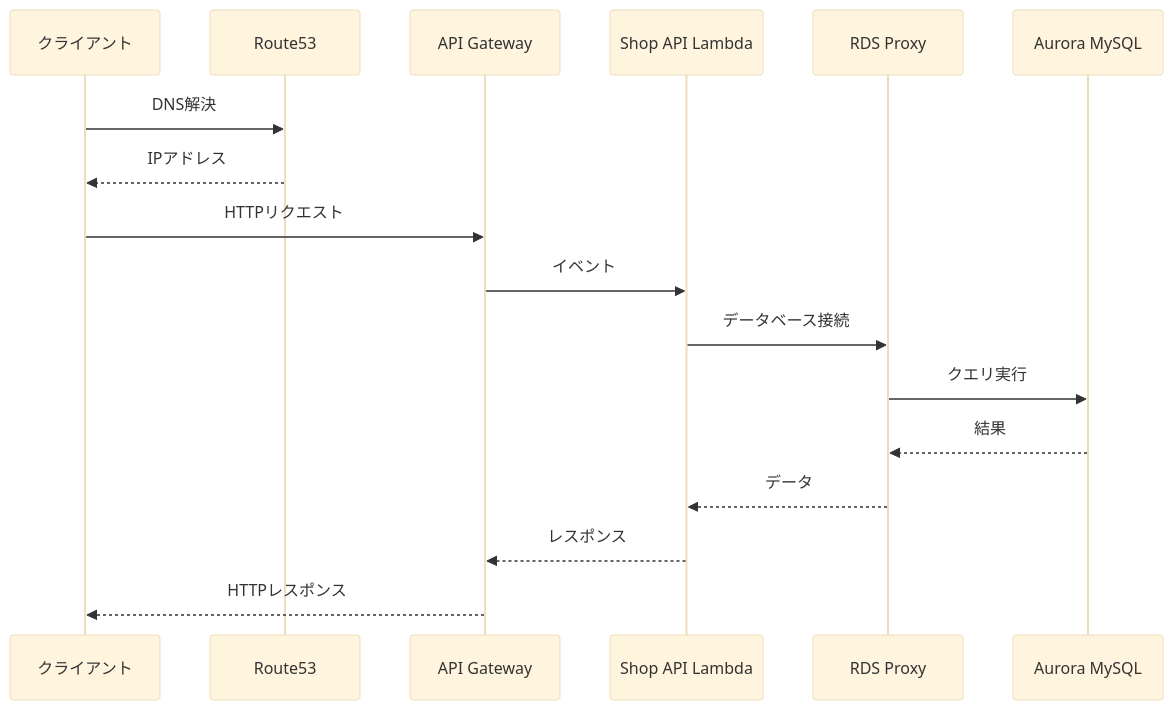
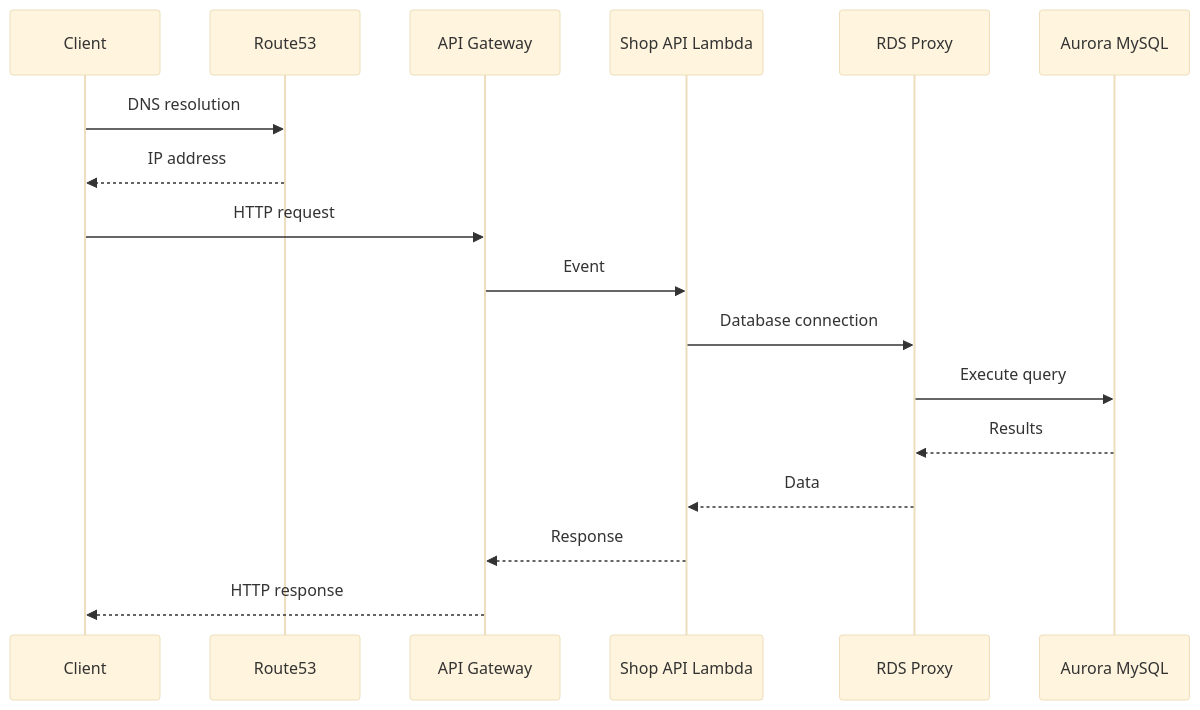
One commit to tamaco489/data_pipeline_sample changed the fourth of 4 diagrams in docs/src/infrastructure_architecture_diagram.md. Above: the diagram before and after it, drawn with Mermaid (base theme). The commit also changed other lines of this file and 10 other files, not shown here.

````diff
--- a/docs/src/infrastructure_architecture_diagram.md
+++ b/docs/src/infrastructure_architecture_diagram.md
@@ -158,20 +158,20 @@
 ```mermaid
 sequenceDiagram
-    participant Client as クライアント
+    participant Client as Client
     participant Route53 as Route53
     participant API_GW as API Gateway
     participant Lambda as Shop API Lambda
     participant RDS_Proxy as RDS Proxy
     participant RDS as Aurora MySQL
     
-    Client->>Route53: DNS解決
-    Route53-->>Client: IPアドレス
-    Client->>API_GW: HTTPリクエスト
-    API_GW->>Lambda: イベント
-    Lambda->>RDS_Proxy: データベース接続
-    RDS_Proxy->>RDS: クエリ実行
-    RDS-->>RDS_Proxy: 結果
-    RDS_Proxy-->>Lambda: データ
-    Lambda-->>API_GW: レスポンス
-    API_GW-->>Client: HTTPレスポンス
+    Client->>Route53: DNS resolution
+    Route53-->>Client: IP address
+    Client->>API_GW: HTTP request
+    API_GW->>Lambda: Event
+    Lambda->>RDS_Proxy: Database connection
+    RDS_Proxy->>RDS: Execute query
+    RDS-->>RDS_Proxy: Results
+    RDS_Proxy-->>Lambda: Data
+    Lambda-->>API_GW: Response
+    API_GW-->>Client: HTTP response
 ```
````
